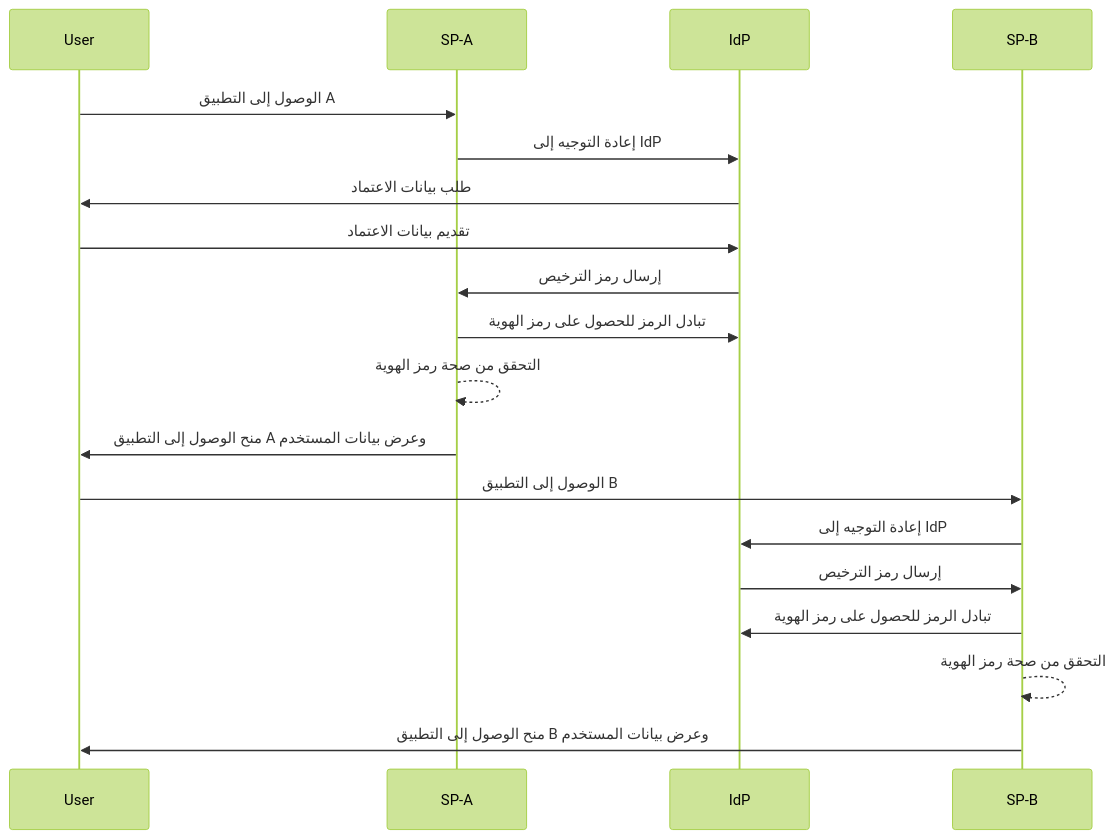
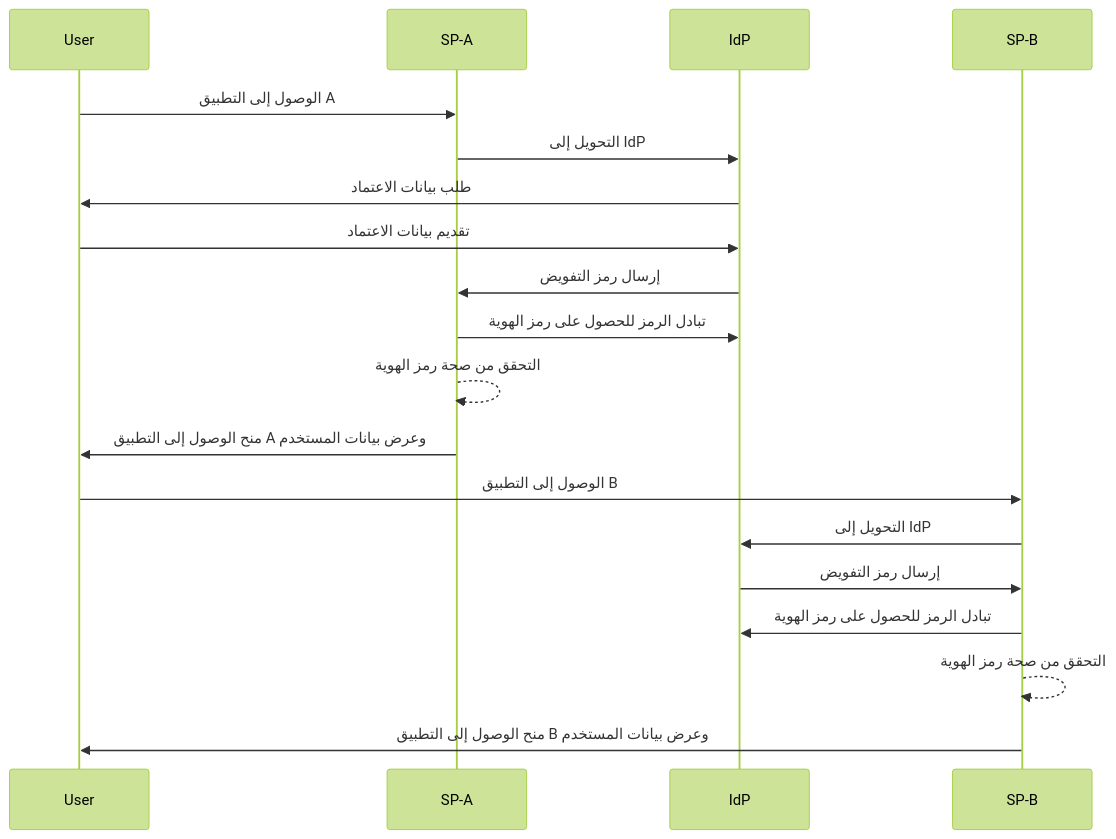
The second of 2 diagrams in src/content/terms/ar/single-sign-on.mdx (logto-io/auth-wiki), drawn with Mermaid (forest theme) before and after one commit. The commit also changed other lines of this file and 48 other files, not shown here.

````diff
--- a/src/content/terms/ar/single-sign-on.mdx
+++ b/src/content/terms/ar/single-sign-on.mdx
@@ -54,22 +54,22 @@
 ```mermaid
 sequenceDiagram
     participant User
     participant SP-A
     participant IdP
     participant SP-B
 
     User->>SP-A: الوصول إلى التطبيق A
-    SP-A->>IdP: إعادة التوجيه إلى IdP
+    SP-A->>IdP: التحويل إلى IdP
     IdP->>User: طلب بيانات الاعتماد
     User->>IdP: تقديم بيانات الاعتماد
-    IdP->>SP-A: إرسال رمز الترخيص
+    IdP->>SP-A: إرسال رمز التفويض
     SP-A->>IdP: تبادل الرمز للحصول على رمز الهوية
     SP-A-->>SP-A: التحقق من صحة رمز الهوية
     SP-A->>User: منح الوصول إلى التطبيق A وعرض بيانات المستخدم
     User->>SP-B: الوصول إلى التطبيق B
-    SP-B->>IdP: إعادة التوجيه إلى IdP
-    IdP->>SP-B: إرسال رمز الترخيص
+    SP-B->>IdP: التحويل إلى IdP
+    IdP->>SP-B: إرسال رمز التفويض
     SP-B->>IdP: تبادل الرمز للحصول على رمز الهوية
     SP-B-->>SP-B: التحقق من صحة رمز الهوية
     SP-B->>User: منح الوصول إلى التطبيق B وعرض بيانات المستخدم
 ```
````
